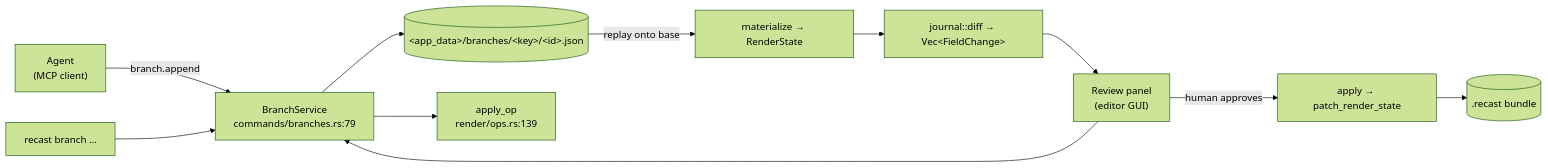
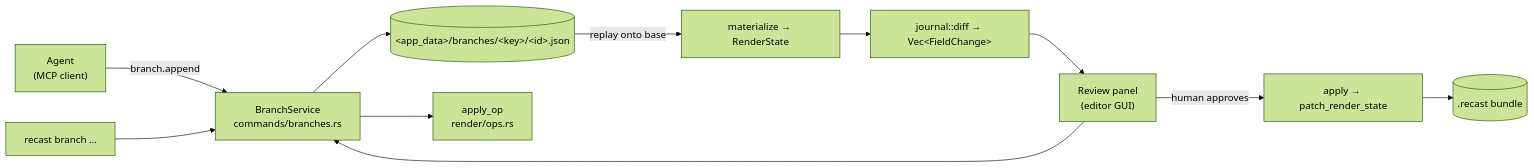
The first of 2 diagrams in apps/web/content/architecture/agentic-edits-mcp.md (kanakkholwal/recast), drawn with Mermaid (forest theme) before and after one commit. The commit also changed other lines of this file and 10 other files, not shown here.

````diff
--- a/apps/web/content/architecture/agentic-edits-mcp.md
+++ b/apps/web/content/architecture/agentic-edits-mcp.md
@@ -57,15 +57,15 @@
 ```mermaid
 flowchart LR
   agent["Agent<br/>(MCP client)"] -->|"branch.append"| svc
   cli["recast branch …"] --> svc
   gui["Review panel<br/>(editor GUI)"] --> svc
 
-  svc["BranchService<br/>commands/branches.rs:79"] --> journal[("&lt;app_data&gt;/branches/&lt;key&gt;/&lt;id&gt;.json")]
-  svc --> ops["apply_op<br/>render/ops.rs:139"]
+  svc["BranchService<br/>commands/branches.rs"] --> journal[("&lt;app_data&gt;/branches/&lt;key&gt;/&lt;id&gt;.json")]
+  svc --> ops["apply_op<br/>render/ops.rs"]
 
   journal -->|"replay onto base"| materialized["materialize → RenderState"]
   materialized --> diff["journal::diff → Vec&lt;FieldChange&gt;"]
   diff --> gui
   gui -->|"human approves"| apply["apply → patch_render_state"]
   apply --> project[(".recast bundle")]
 ```
````
